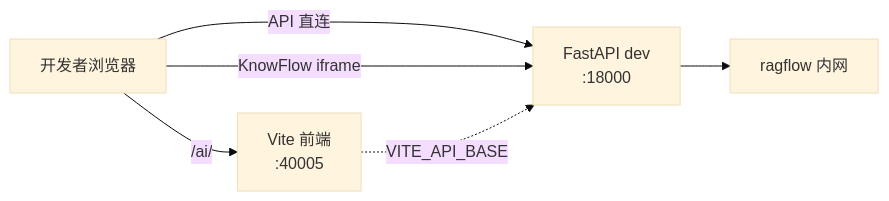
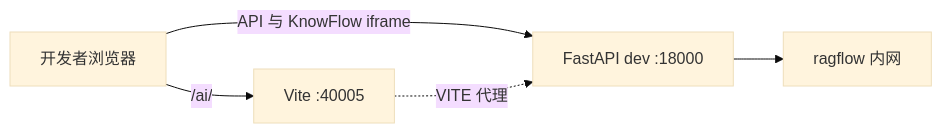
One commit to zhibinQiu/benxi changed the fourth of 5 diagrams in 运维部署指南.md. Above: the diagram before and after it, drawn with Mermaid (base theme). The commit also changed other lines of this file and 338 other files, not shown here.

````diff
--- a/运维部署指南.md
+++ b/运维部署指南.md
@@ -169,13 +166,12 @@
 ```mermaid
 flowchart LR
   U[开发者浏览器]
-  VITE["Vite 前端<br/>:40005"]
-  API2["FastAPI dev<br/>:18000"]
+  VITE["Vite :40005"]
+  API2["FastAPI dev :18000"]
   RF2["ragflow 内网"]
 
   U -->|"/ai/"| VITE
-  U -->|"API 直连"| API2
-  U -->|"KnowFlow iframe"| API2
+  U -->|API 与 KnowFlow iframe| API2
   API2 --> RF2
-  VITE -.->|"VITE_API_BASE"| API2
+  VITE -.->|VITE 代理| API2
 ```
````
